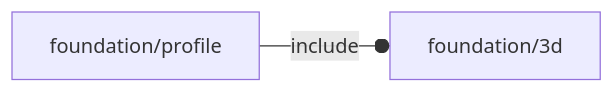
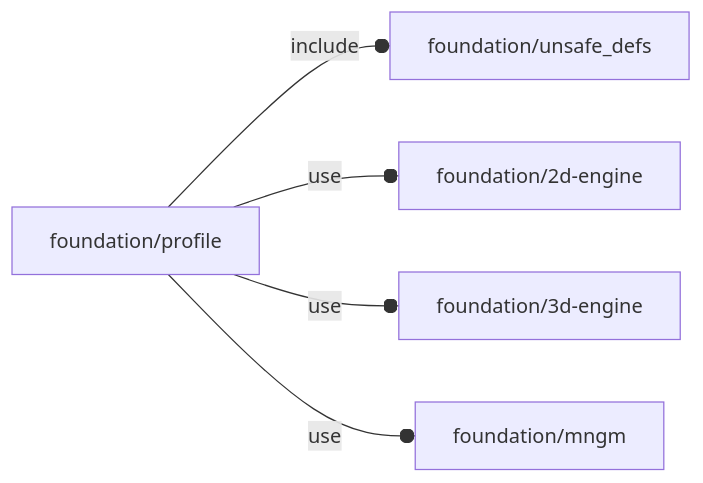
The diagram in orthodocs/foundation/profile.md (ggabbiani/OFL), drawn with Mermaid before and after one commit. The commit also changed 74 other files, not shown here.

````diff
--- a/orthodocs/foundation/profile.md
+++ b/orthodocs/foundation/profile.md
@@ -5,4 +5,7 @@
 ```mermaid
 graph LR
-    A1[foundation/profile] --o|include| A2[foundation/3d]
+    A1[foundation/profile] --o|include| A2[foundation/unsafe_defs]
+    A1 --o|use| A3[foundation/2d-engine]
+    A1 --o|use| A4[foundation/3d-engine]
+    A1 --o|use| A5[foundation/mngm]
 ```
````
